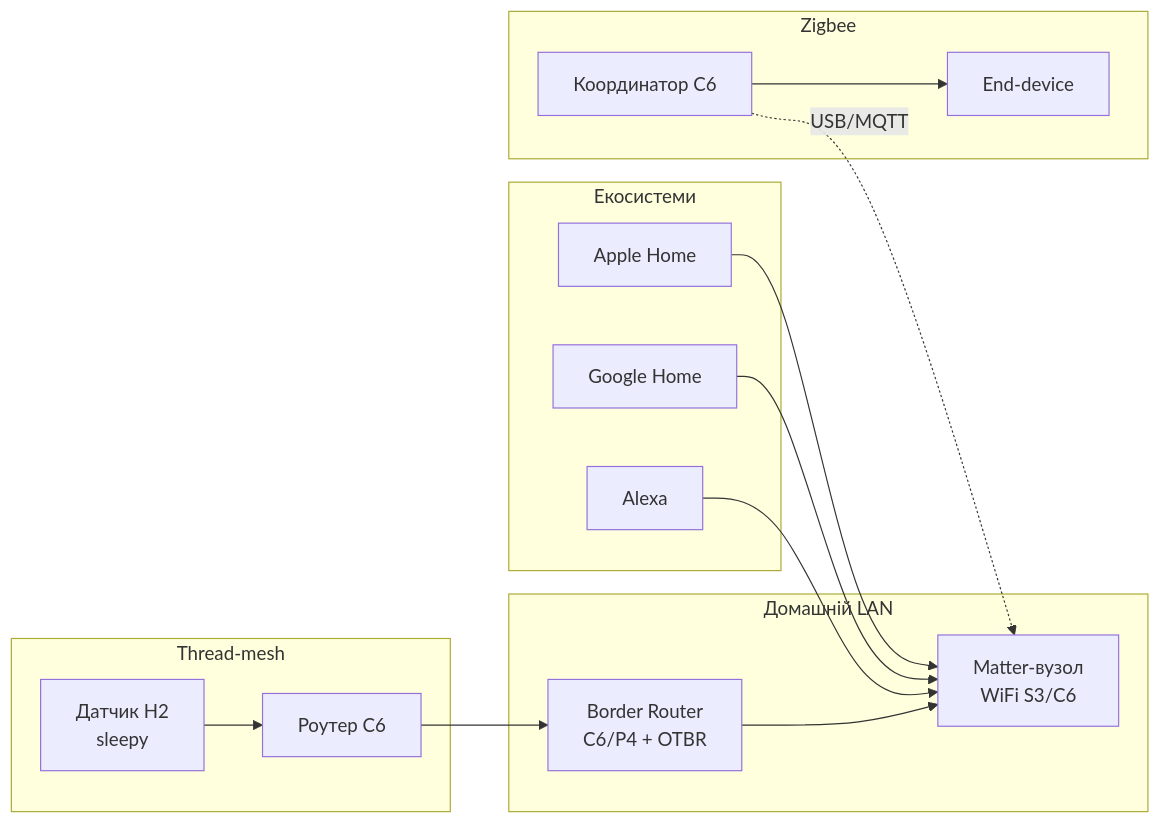
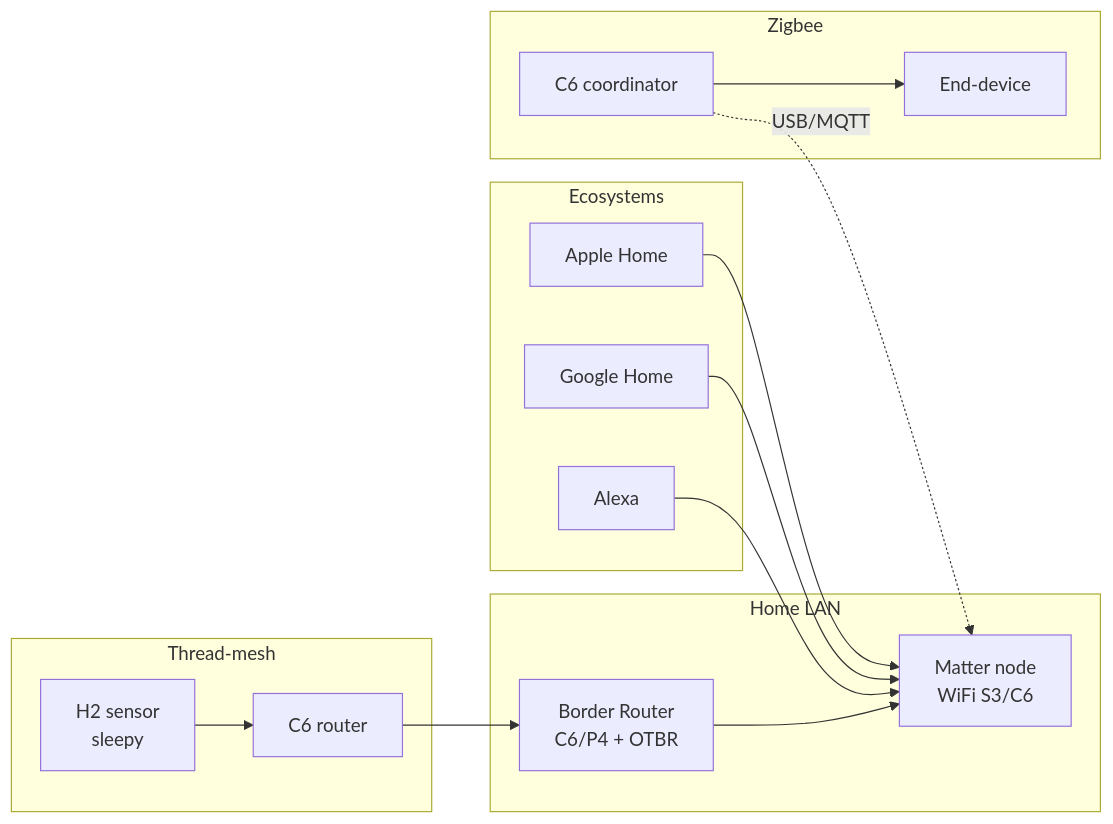
One commit to ksalab/embedded-reference changed the diagram in obsidian_vault/ESP32-Reference/EN/15-Protocols/09-Matter-Thread-Zigbee.en.md. Above: the diagram before and after it, drawn with Mermaid. The commit also changed other lines of this file and 76 other files, not shown here.

````diff
--- a/obsidian_vault/ESP32-Reference/EN/15-Protocols/09-Matter-Thread-Zigbee.en.md
+++ b/obsidian_vault/ESP32-Reference/EN/15-Protocols/09-Matter-Thread-Zigbee.en.md
@@ -91,28 +90,28 @@
 ```mermaid
 graph LR
-    subgraph ECO[Екосистеми]
+    subgraph ECO[Ecosystems]
         A[Apple Home]
         G[Google Home]
         X[Alexa]
     end
-    subgraph IP[Домашній LAN]
-        W[Matter-вузол<br/>WiFi S3/C6]
+    subgraph IP[Home LAN]
+        W[Matter node<br/>WiFi S3/C6]
         BR[Border Router<br/>C6/P4 + OTBR]
     end
     subgraph THR[Thread-mesh]
-        SED[Датчик H2<br/>sleepy]
-        RT[Роутер C6]
+        SED[H2 sensor<br/>sleepy]
+        RT[C6 router]
     end
     subgraph ZB[Zigbee]
-        ZC[Координатор C6]
+        ZC[C6 coordinator]
         ZE[End-device]
     end
     A --> W
     G --> W
     X --> W
     SED --> RT
     RT --> BR
     BR --> W
     ZC --> ZE
     ZC -.->|USB/MQTT| W
 ```
````
